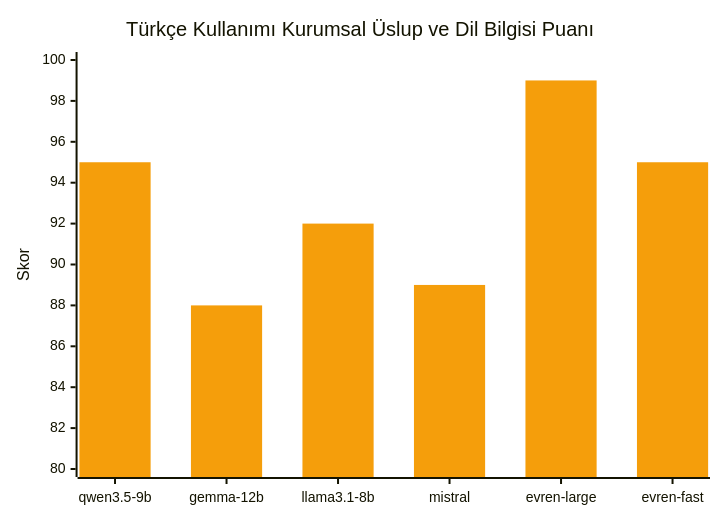
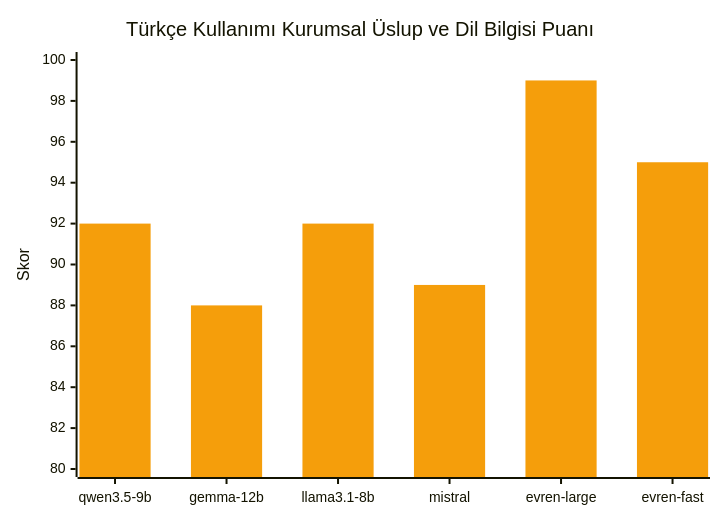
One commit to chyp3r/KACHOW-Teknofest-2026 changed diagram 14 of 17 in README.md. Above: the diagram before and after it, drawn with Mermaid. The commit also changed other lines of this file, not shown here.

````diff
--- a/README.md
+++ b/README.md
@@ -700,8 +728,8 @@
 ```mermaid
 %%{init: { 'theme': 'base', 'themeVariables': { 'xyChart': {'plotColorPalette': '#f59e0b'} } } }%%
 xychart-beta
     title "Türkçe Kullanımı Kurumsal Üslup ve Dil Bilgisi Puanı"
     x-axis ["qwen3.5-9b", "gemma-12b", "llama3.1-8b", "mistral", "evren-large", "evren-fast"]
     y-axis "Skor" 80 --> 100
-    bar [95, 88, 92, 89, 99, 95]
+    bar [92, 88, 92, 89, 99, 95]
 ```
````
